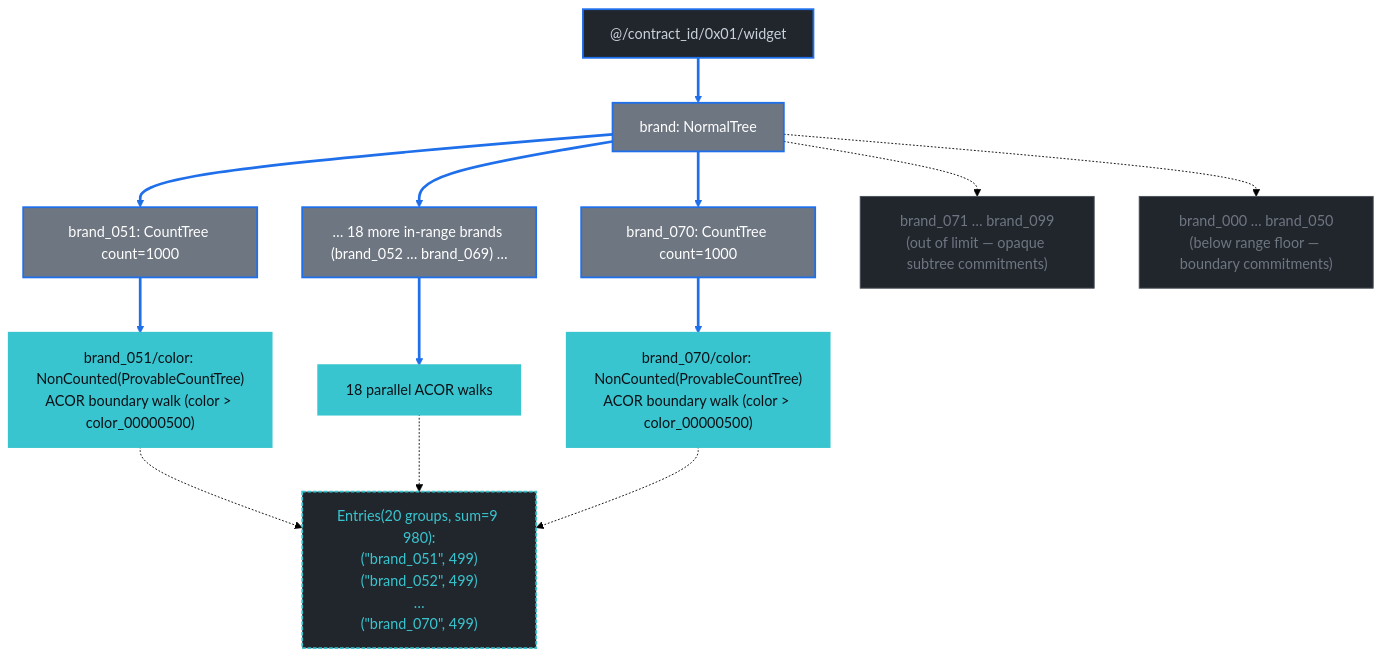
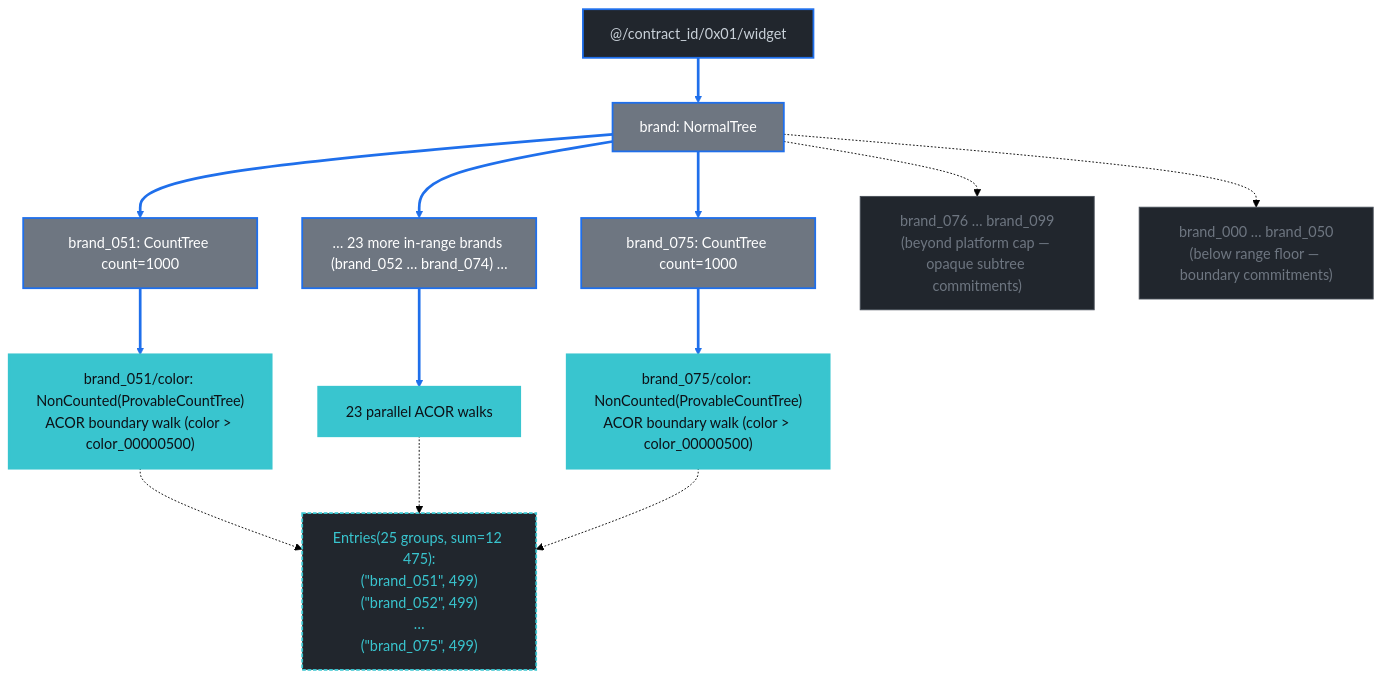
One commit to dashpay/platform changed diagram 13 of 14 in book/src/drive/count-index-group-by-examples.md. Above: the diagram before and after it, drawn with Mermaid (forest theme). The commit also changed other lines of this file and 10 other files, not shown here.

First line of the commit message:
feat(drive): hardcode G8 outer-Range carrier limit at 25 + bump grovedb to PR #664 merge

````diff
--- a/book/src/drive/count-index-group-by-examples.md
+++ b/book/src/drive/count-index-group-by-examples.md
@@ -1268,33 +1276,33 @@
 ```mermaid
 flowchart TB
   WD["@/contract_id/0x01/widget"]:::tree
   WD ==> BR["brand: NormalTree"]:::path
   BR ==> B051["brand_051: CountTree count=1000"]:::path
-  BR ==> BMore["… 18 more in-range brands (brand_052 … brand_069) …"]:::path
-  BR ==> B070["brand_070: CountTree count=1000"]:::path
-  BR -.-> BCapped["brand_071 … brand_099<br/>(out of limit — opaque subtree commitments)"]:::faded
+  BR ==> BMore["… 23 more in-range brands (brand_052 … brand_074) …"]:::path
+  BR ==> B075["brand_075: CountTree count=1000"]:::path
+  BR -.-> BCapped["brand_076 … brand_099<br/>(beyond platform cap — opaque subtree commitments)"]:::faded
   BR -.-> BBelow["brand_000 … brand_050<br/>(below range floor — boundary commitments)"]:::faded
 
   B051 ==> B051_C["brand_051/color: NonCounted(ProvableCountTree)<br/>ACOR boundary walk (color > color_00000500)"]:::target
-  BMore ==> BMore_C["18 parallel ACOR walks"]:::target
-  B070 ==> B070_C["brand_070/color: NonCounted(ProvableCountTree)<br/>ACOR boundary walk (color > color_00000500)"]:::target
+  BMore ==> BMore_C["23 parallel ACOR walks"]:::target
+  B075 ==> B075_C["brand_075/color: NonCounted(ProvableCountTree)<br/>ACOR boundary walk (color > color_00000500)"]:::target
 
-  SDK["Entries(20 groups, sum=9 980):<br/>(&quot;brand_051&quot;, 499)<br/>(&quot;brand_052&quot;, 499)<br/>…<br/>(&quot;brand_070&quot;, 499)"]:::sdk
+  SDK["Entries(25 groups, sum=12 475):<br/>(&quot;brand_051&quot;, 499)<br/>(&quot;brand_052&quot;, 499)<br/>…<br/>(&quot;brand_075&quot;, 499)"]:::sdk
   B051_C -.-> SDK
   BMore_C -.-> SDK
-  B070_C -.-> SDK
+  B075_C -.-> SDK
 
   classDef tree fill:#21262d,color:#c9d1d9,stroke:#1f6feb,stroke-width:2px;
   classDef path fill:#6e7681,color:#fff,stroke:#1f6feb,stroke-width:2px;
   classDef faded fill:#21262d,color:#6e7681,stroke:#484f58;
   classDef target fill:#39c5cf,color:#0d1117,stroke:#39c5cf,stroke-width:3px;
   classDef sdk fill:#21262d,color:#39c5cf,stroke:#39c5cf,stroke-width:2px,stroke-dasharray: 4 2;
 
   linkStyle 0 stroke:#1f6feb,stroke-width:3px;
   linkStyle 1 stroke:#1f6feb,stroke-width:3px;
   linkStyle 2 stroke:#1f6feb,stroke-width:3px;
   linkStyle 3 stroke:#1f6feb,stroke-width:3px;
   linkStyle 6 stroke:#1f6feb,stroke-width:3px;
   linkStyle 7 stroke:#1f6feb,stroke-width:3px;
   linkStyle 8 stroke:#1f6feb,stroke-width:3px;
 ```
````
